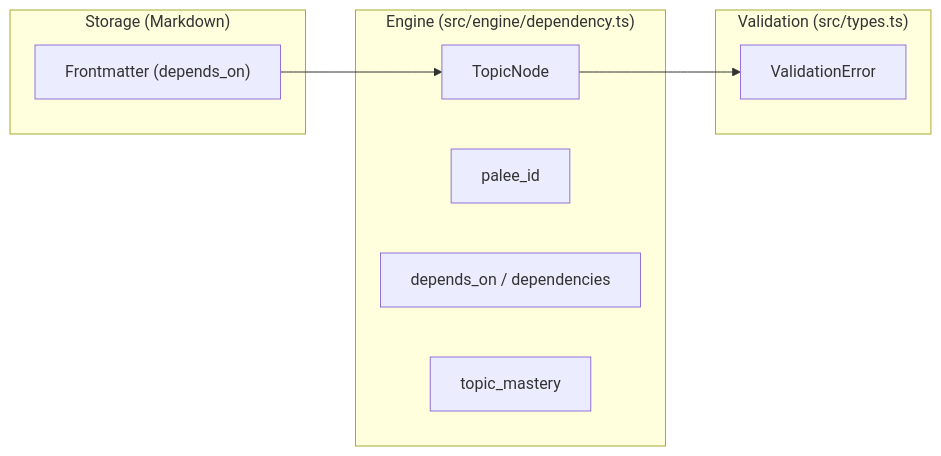
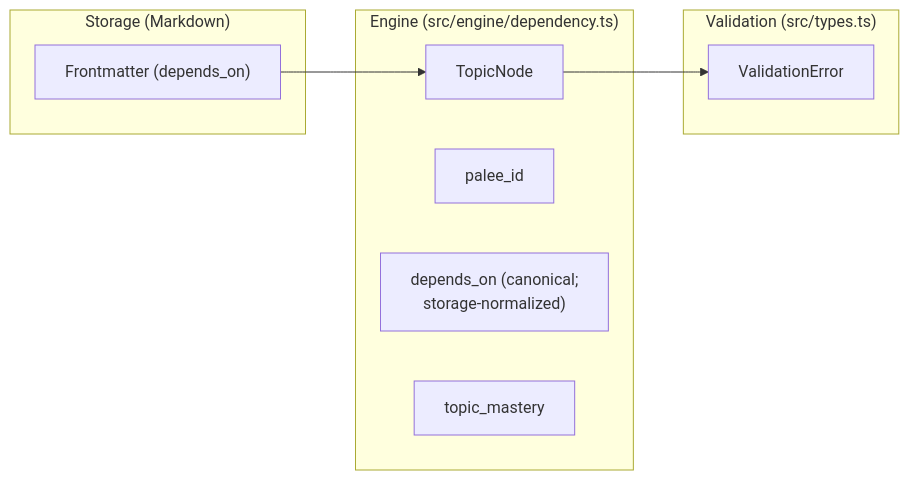
One commit to Kuldeep2822k/cli changed the second of 2 diagrams in docs/05-0-data-model-and-types.md. Above: the diagram before and after it, drawn with Mermaid. The commit also changed 1 other file, not shown here.

Commit message:
docs(tests,model): fix intro-count drift and 11th stale alias label
Copilot found two leftovers both the issue census and my first pass
missed:

- 05-0 data-model mermaid TN_DEP label still read
  "depends_on / dependencies" — an eleventh stale reference to the
  pre-#137 engine-side aliasing, now "depends_on (canonical;
  storage-normalized)".
- 06-0 intro hard-coded counts (19 active / 230 / 31) that conflicted
  with the corrected line-72 totals, plus a "all 19 test files" claim
  while the tree has 28 test files + 4 tiered e2e suites. Intro and
  totals now scope the numbers to the catalog explicitly and name the
  out-of-catalog suites (stress, fuzz, fault-injection, timezone
  matrix, hot-read races, barrel census, test/e2e/) instead of
  implying coverage of the whole tree.

````diff
--- a/docs/05-0-data-model-and-types.md
+++ b/docs/05-0-data-model-and-types.md
@@ -180,17 +180,17 @@
 ```mermaid
 flowchart LR
     subgraph subGraph2 ["Validation (src/types.ts)"]
         VE["ValidationError"]
     end
     subgraph subGraph1 ["Engine (src/engine/dependency.ts)"]
         TN["TopicNode"]
         TN_ID["palee_id"]
-        TN_DEP["depends_on / dependencies"]
+        TN_DEP["depends_on (canonical;<br/>storage-normalized)"]
         TN_MST["topic_mastery"]
     end
     subgraph subGraph0 ["Storage (Markdown)"]
         FM["Frontmatter (depends_on)"]
     end
     FM --> TN
     TN --> VE
 ```
````
